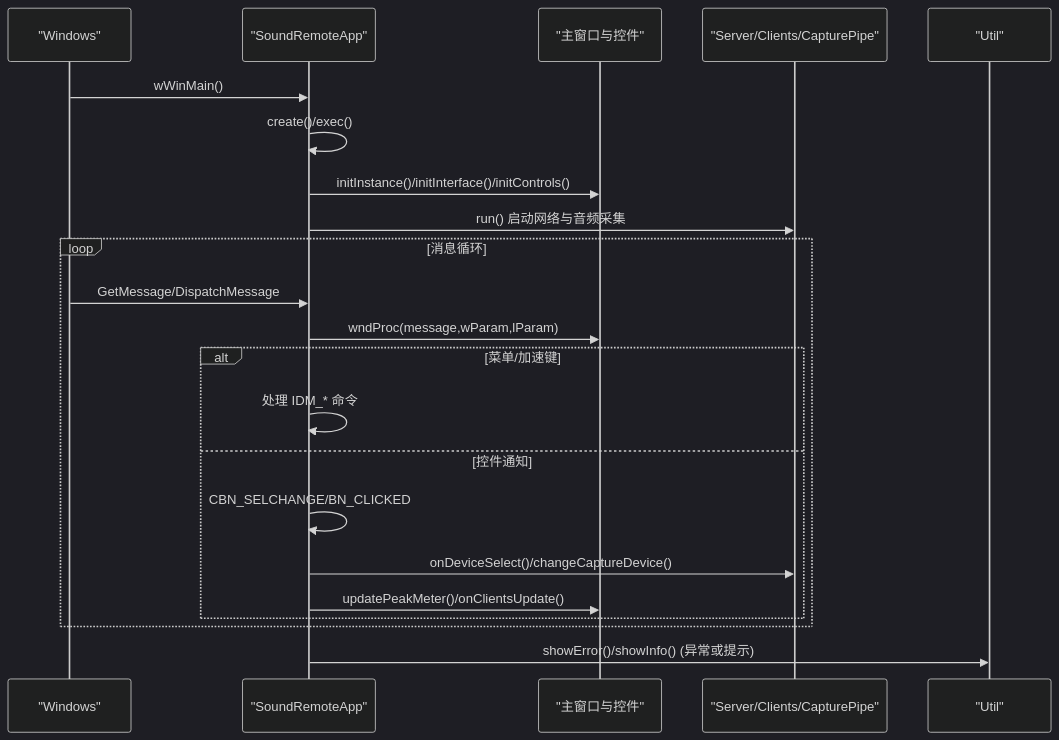
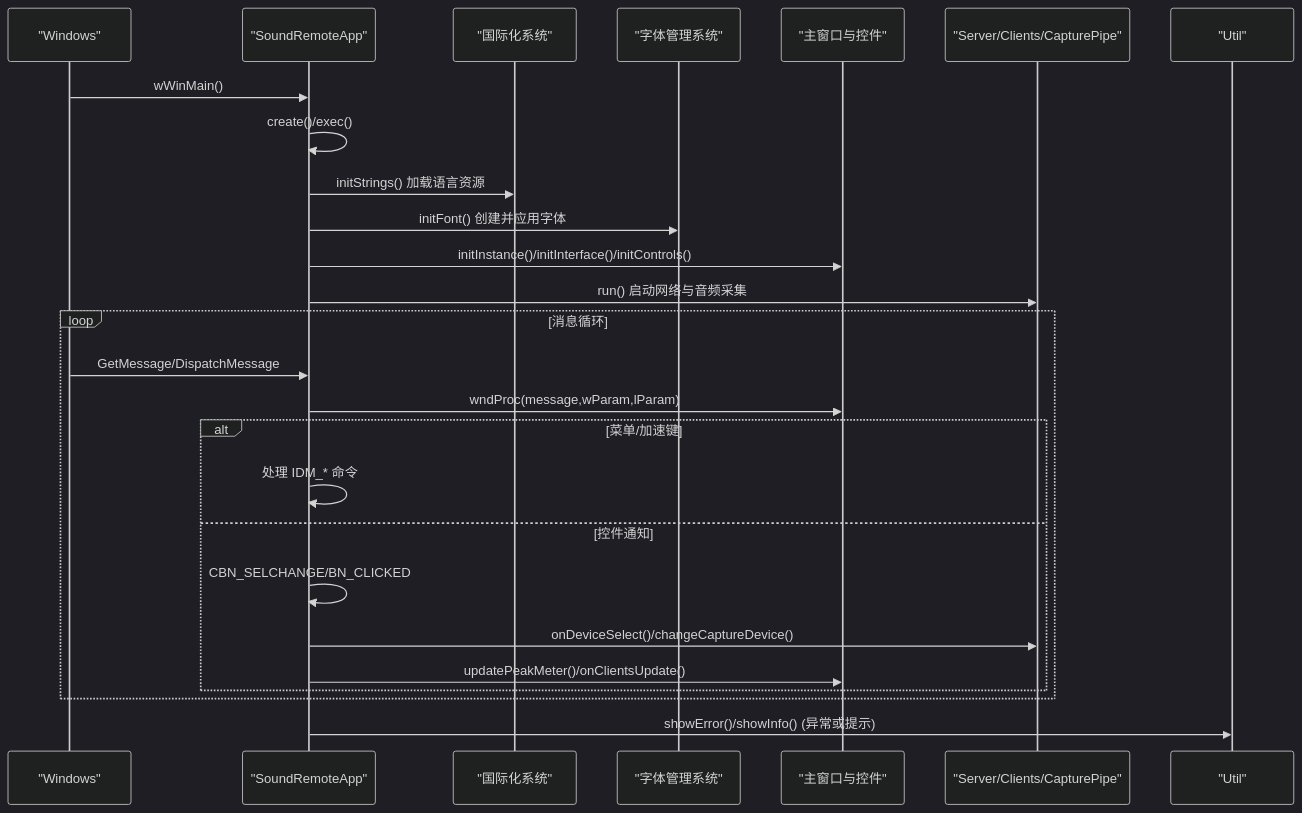
One commit to tea4go/SoundRemote-WinServer changed the second of 10 diagrams in .qoder/repowiki/zh/content/用户界面.md. Above: the diagram before and after it, drawn with Mermaid (dark theme). The commit also changed other lines of this file and 11 other files, not shown here.

````diff
--- a/.qoder/repowiki/zh/content/用户界面.md
+++ b/.qoder/repowiki/zh/content/用户界面.md
@@ -82,24 +104,28 @@
 ```mermaid
 sequenceDiagram
 participant OS as "Windows"
 participant App as "SoundRemoteApp"
+participant I18N as "国际化系统"
+participant FontMgr as "字体管理系统"
 participant UI as "主窗口与控件"
 participant Srv as "Server/Clients/CapturePipe"
 participant Util as "Util"
 OS->>App : wWinMain()
 App->>App : create()/exec()
+App->>I18N : initStrings() 加载语言资源
+App->>FontMgr : initFont() 创建并应用字体
 App->>UI : initInstance()/initInterface()/initControls()
 App->>Srv : run() 启动网络与音频采集
 loop 消息循环
 OS->>App : GetMessage/DispatchMessage
 App->>UI : wndProc(message,wParam,lParam)
 alt 菜单/加速键
 App->>App : 处理 IDM_* 命令
 else 控件通知
 App->>App : CBN_SELCHANGE/BN_CLICKED
 App->>Srv : onDeviceSelect()/changeCaptureDevice()
 App->>UI : updatePeakMeter()/onClientsUpdate()
 end
 end
 App->>Util : showError()/showInfo() (异常或提示)
 ```
````
